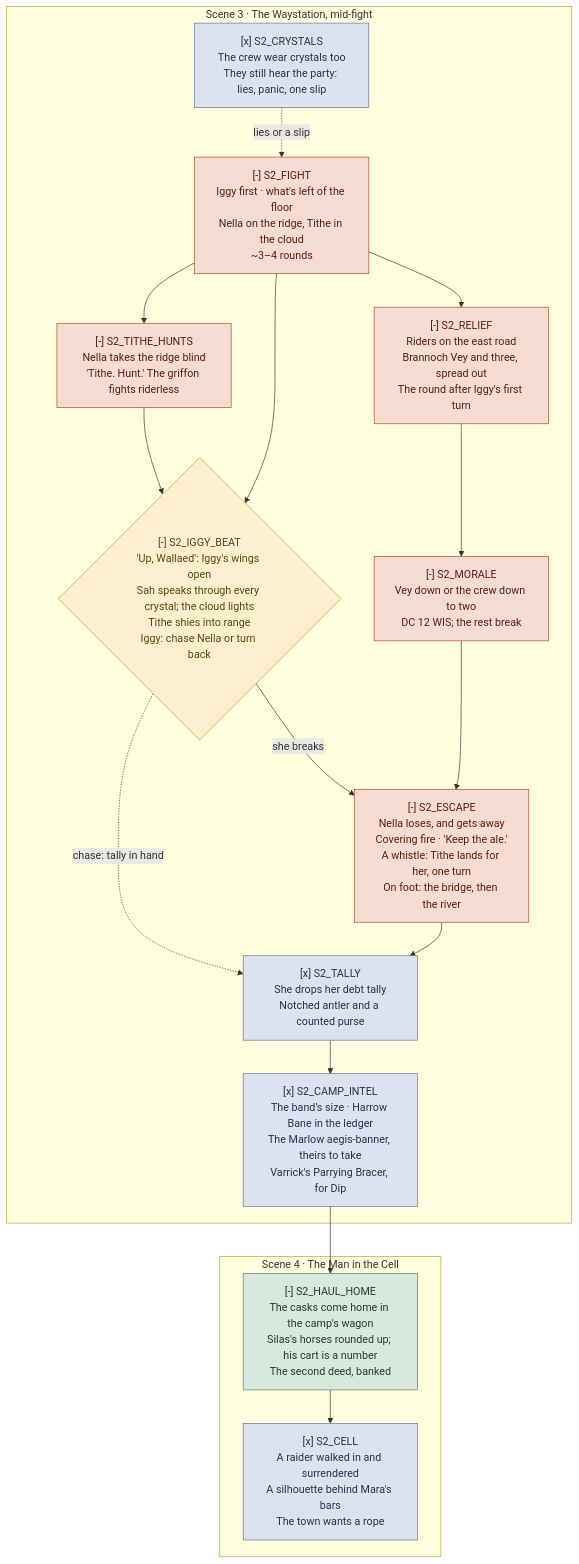
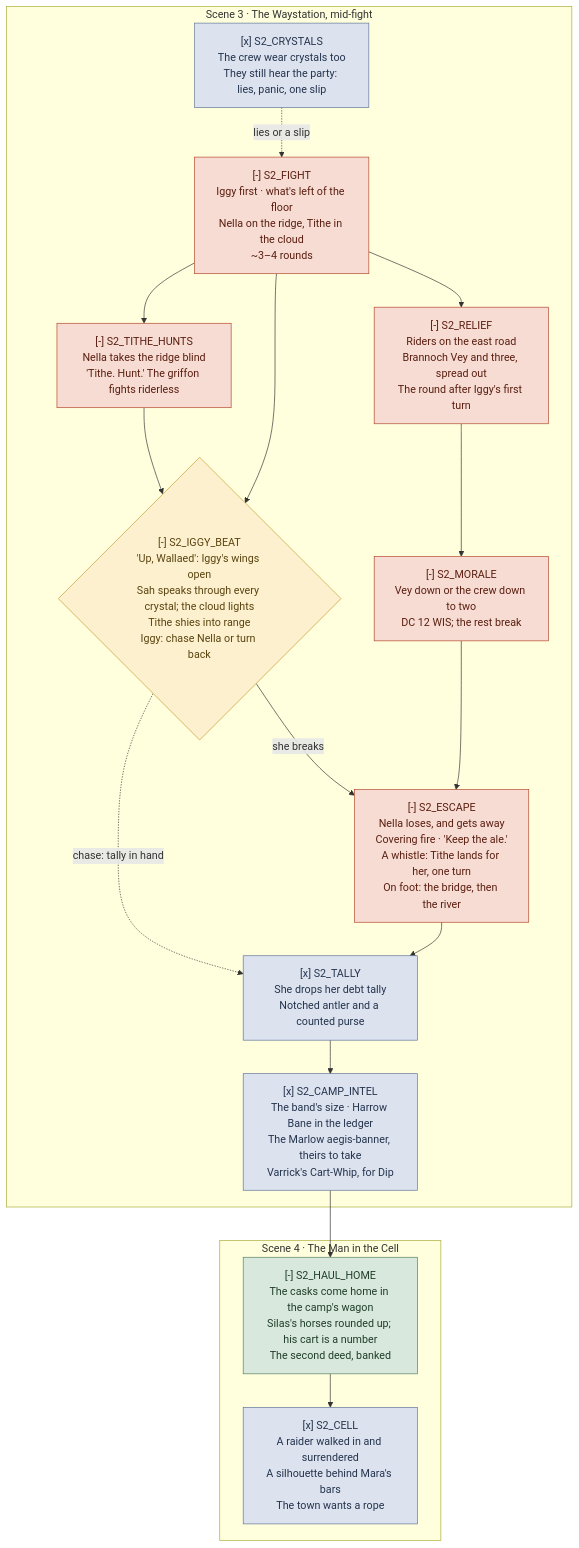
One commit to JGarnerDev/claude-dnd-engine changed the diagram in scheduler/sessions/Session 34 The Red Trail/_flow.md. Above: the diagram before and after it, drawn with Mermaid. The commit also changed 5 other files, not shown here.

First line of the commit message:
content(session-34): Varrick's Cart-Whip replaces the Parrying Bracer

````diff
--- a/scheduler/sessions/Session 34 The Red Trail/_flow.md
+++ b/scheduler/sessions/Session 34 The Red Trail/_flow.md
@@ -30,45 +30,45 @@
 ```mermaid
 flowchart TD
   subgraph SC3["Scene 3 · The Waystation, mid-fight"]
     S2_CRYSTALS["[x] S2_CRYSTALS<br/>The crew wear crystals too<br/>They still hear the party: lies, panic, one slip"]
     S2_FIGHT["[-] S2_FIGHT<br/>Iggy first · what's left of the floor<br/>Nella on the ridge, Tithe in the cloud<br/>~3–4 rounds"]
     S2_TITHE_HUNTS["[-] S2_TITHE_HUNTS<br/>Nella takes the ridge blind<br/>'Tithe. Hunt.' The griffon fights riderless"]
     S2_RELIEF["[-] S2_RELIEF<br/>Riders on the east road<br/>Brannoch Vey and three, spread out<br/>The round after Iggy's first turn"]
     S2_IGGY_BEAT{"[-] S2_IGGY_BEAT<br/>'Up, Wallaed': Iggy's wings open<br/>Sah speaks through every crystal; the cloud lights<br/>Tithe shies into range<br/>Iggy: chase Nella or turn back"}
     S2_MORALE["[-] S2_MORALE<br/>Vey down or the crew down to two<br/>DC 12 WIS; the rest break"]
     S2_ESCAPE["[-] S2_ESCAPE<br/>Nella loses, and gets away<br/>Covering fire · 'Keep the ale.'<br/>A whistle: Tithe lands for her, one turn<br/>On foot: the bridge, then the river"]
     S2_TALLY["[x] S2_TALLY<br/>She drops her debt tally<br/>Notched antler and a counted purse"]
-    S2_CAMP_INTEL["[x] S2_CAMP_INTEL<br/>The band's size · Harrow Bane in the ledger<br/>The Marlow aegis-banner, theirs to take<br/>Varrick's Parrying Bracer, for Dip"]
+    S2_CAMP_INTEL["[x] S2_CAMP_INTEL<br/>The band's size · Harrow Bane in the ledger<br/>The Marlow aegis-banner, theirs to take<br/>Varrick's Cart-Whip, for Dip"]
     S2_FIGHT --> S2_TITHE_HUNTS
     S2_FIGHT --> S2_RELIEF
     S2_CRYSTALS -.->|"lies or a slip"| S2_FIGHT
     S2_TITHE_HUNTS --> S2_IGGY_BEAT
     S2_RELIEF --> S2_MORALE
     S2_FIGHT --> S2_IGGY_BEAT
     S2_IGGY_BEAT -->|"she breaks"| S2_ESCAPE
     S2_IGGY_BEAT -.->|"chase: tally in hand"| S2_TALLY
     S2_MORALE --> S2_ESCAPE --> S2_TALLY
     S2_TALLY --> S2_CAMP_INTEL
   end
 
   subgraph SC4["Scene 4 · The Man in the Cell"]
     S2_HAUL_HOME["[-] S2_HAUL_HOME<br/>The casks come home in the camp's wagon<br/>Silas's horses rounded up; his cart is a number<br/>The second deed, banked"]
     S2_CELL["[x] S2_CELL<br/>A raider walked in and surrendered<br/>A silhouette behind Mara's bars<br/>The town wants a rope"]
     S2_HAUL_HOME --> S2_CELL
   end
 
   S2_CAMP_INTEL --> S2_HAUL_HOME
 
   classDef combat fill:#F6DCD3,stroke:#B4452A,color:#5A1E10
   classDef social fill:#E6E3D5,stroke:#8C8463,color:#3D3A28
   classDef decision fill:#FDF0CE,stroke:#C79A2B,color:#5A4410
   classDef stake fill:#D9E8DC,stroke:#4F8060,color:#1F3D2A
   classDef seed fill:#DCE3EF,stroke:#5E7296,color:#24334D
   classDef open fill:#EDEAE6,stroke:#9A948C,color:#4A453F,stroke-dasharray:4 3
   classDef fail fill:#EFE2E2,stroke:#A3736E,color:#4A2C29,stroke-dasharray:4 3
 
   class S2_FIGHT,S2_TITHE_HUNTS,S2_RELIEF,S2_MORALE,S2_ESCAPE combat
   class S2_IGGY_BEAT decision
   class S2_HAUL_HOME stake
   class S2_CRYSTALS,S2_TALLY,S2_CAMP_INTEL,S2_CELL seed
 ```
````
